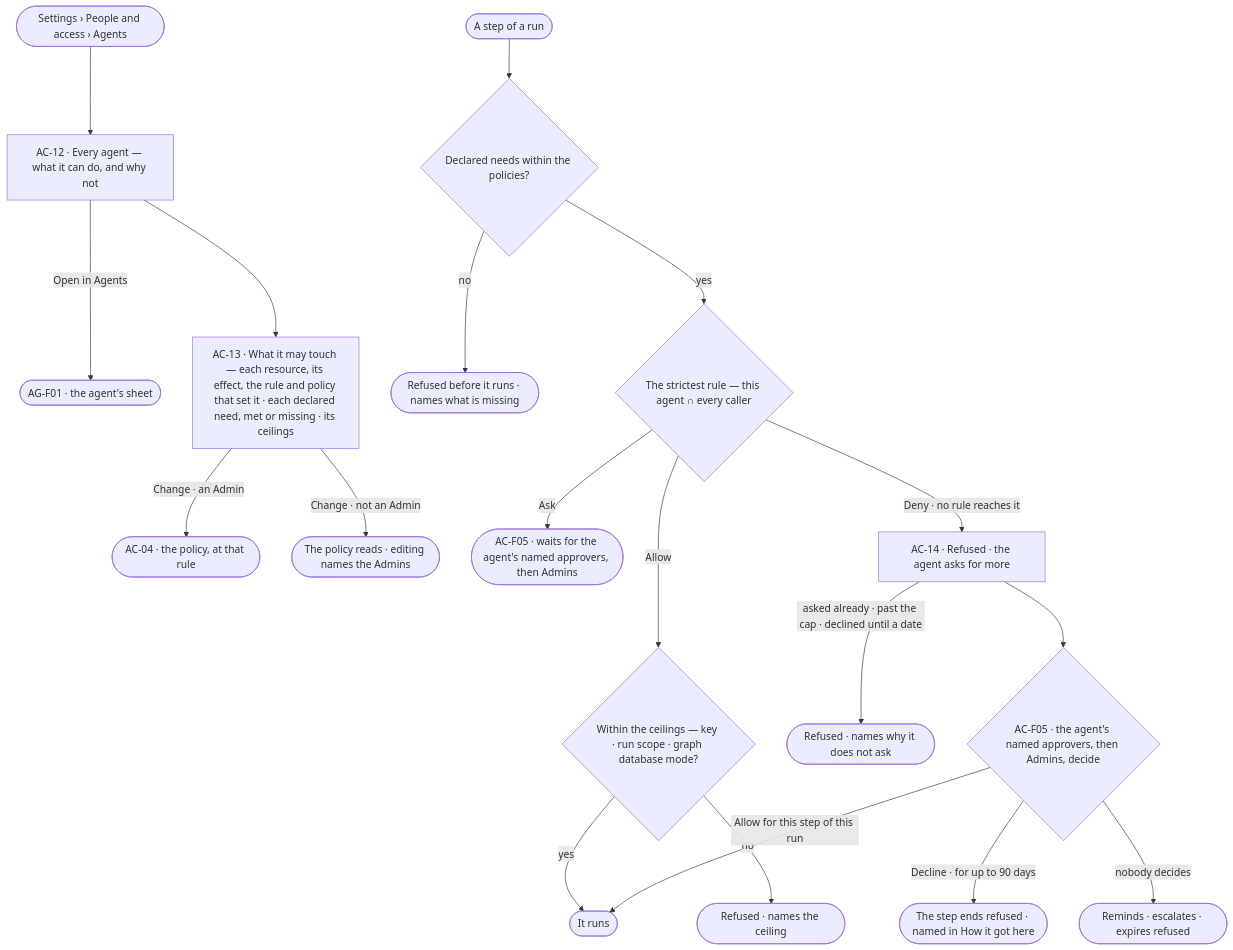
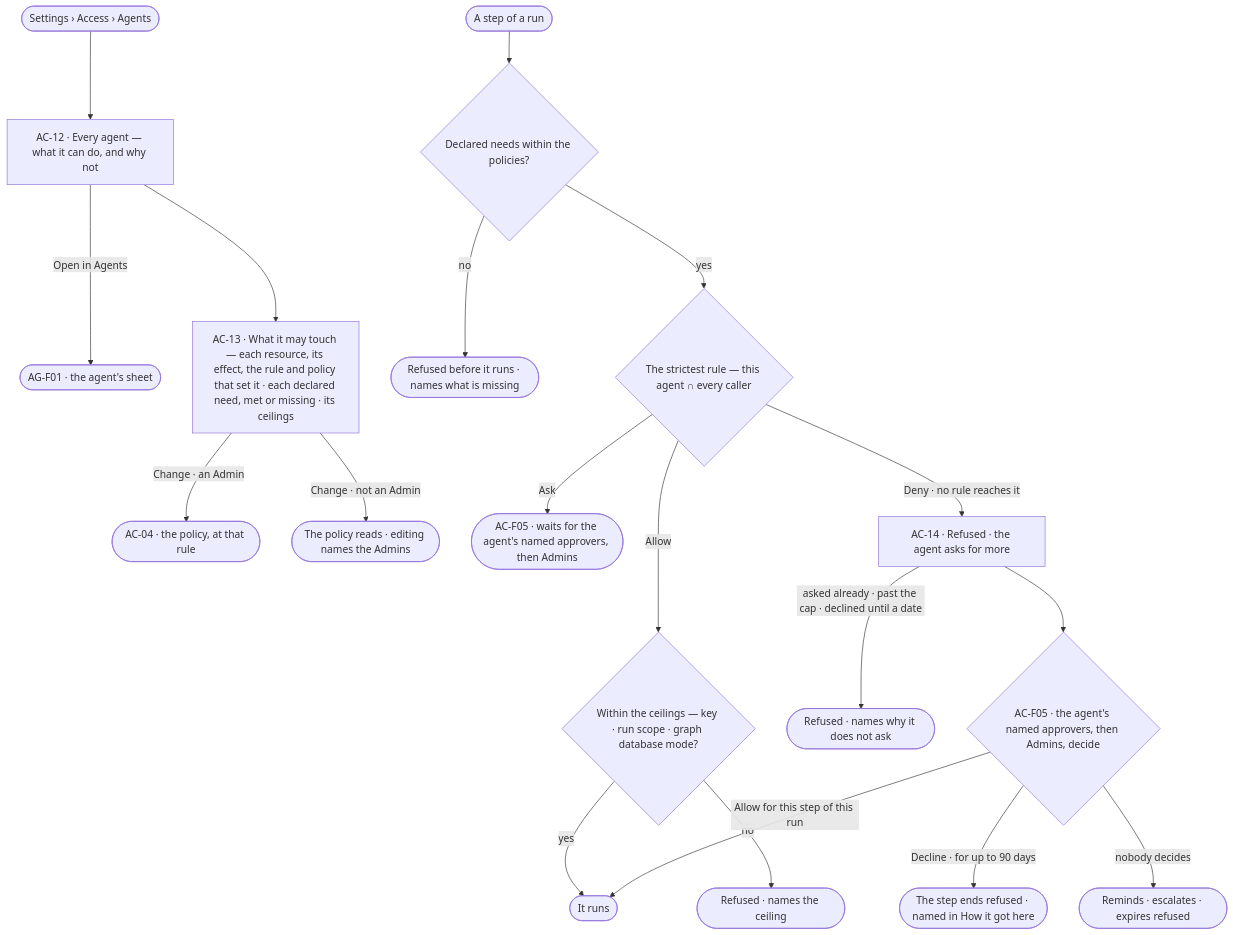
One commit to invana/invana changed the first of 2 diagrams in specs/os/access/features/AC-F04-what-an-agent-may-touch/feature.md. Above: the diagram before and after it, drawn with Mermaid. The commit also changed 106 other files, not shown here.

````diff
--- a/specs/os/access/features/AC-F04-what-an-agent-may-touch/feature.md
+++ b/specs/os/access/features/AC-F04-what-an-agent-may-touch/feature.md
@@ -26,21 +26,21 @@
 ```mermaid
 flowchart TD
-  start([Settings › People and access › Agents]) --> ag["AC-12 · Every agent — what it can do, and why not"]
+  start([Settings › Access › Agents]) --> ag["AC-12 · Every agent — what it can do, and why not"]
   ag -->|Open in Agents| agx(["AG-F01 · the agent's sheet"])
   ag --> touch["AC-13 · What it may touch — each resource, its effect, the rule and policy that set it · each declared need, met or missing · its ceilings"]
   touch -->|Change · an Admin| pol(["AC-04 · the policy, at that rule"])
   touch -->|Change · not an Admin| ro(["The policy reads · editing names the Admins"])
   run([A step of a run]) --> need{"Declared needs within the policies?"}
   need -->|no| nr(["Refused before it runs · names what is missing"])
   need -->|yes| chain{"The strictest rule — this agent ∩ every caller"}
   chain -->|Allow| ceil{"Within the ceilings — key · run scope · graph database mode?"}
   ceil -->|yes| go(["It runs"])
   ceil -->|no| cr(["Refused · names the ceiling"])
   chain -->|Ask| ask(["AC-F05 · waits for the agent's named approvers, then Admins"])
   chain -->|Deny · no rule reaches it| blk["AC-14 · Refused · the agent asks for more"]
   blk -->|asked already · past the cap · declined until a date| cap(["Refused · names why it does not ask"])
   blk --> more{"AC-F05 · the agent's named approvers, then Admins, decide"}
   more -->|Allow for this step of this run| go
   more -->|Decline · for up to 90 days| refd(["The step ends refused · named in How it got here"])
   more -->|nobody decides| exp(["Reminds · escalates · expires refused"])
 ```
````
